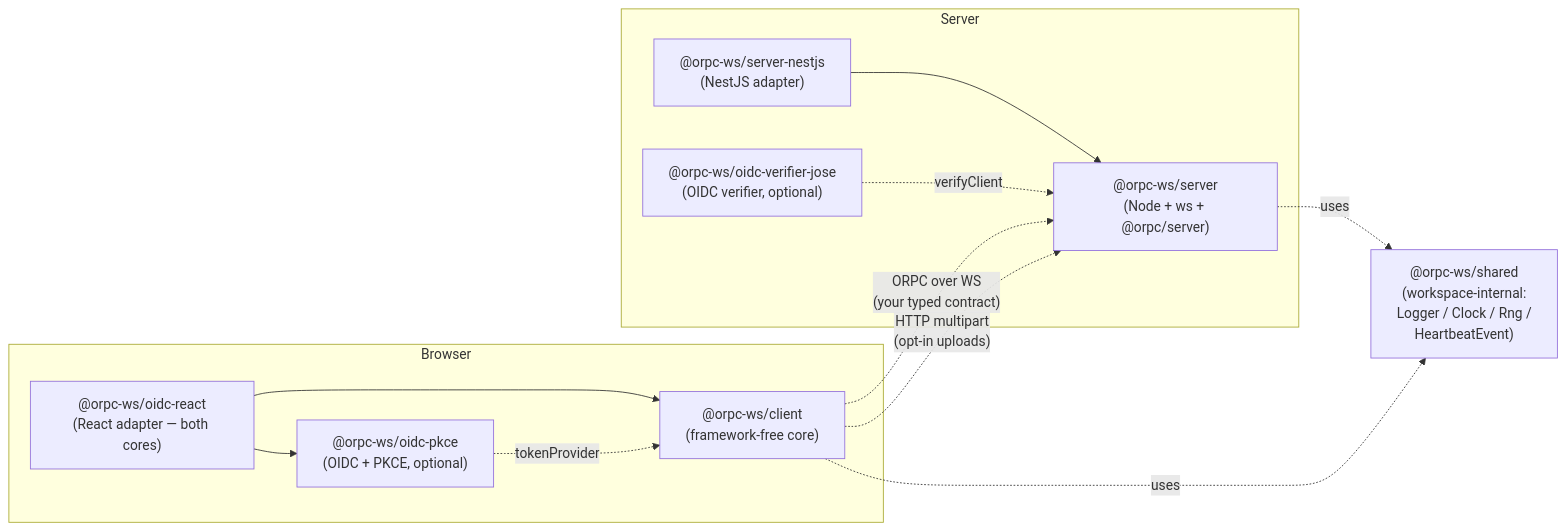
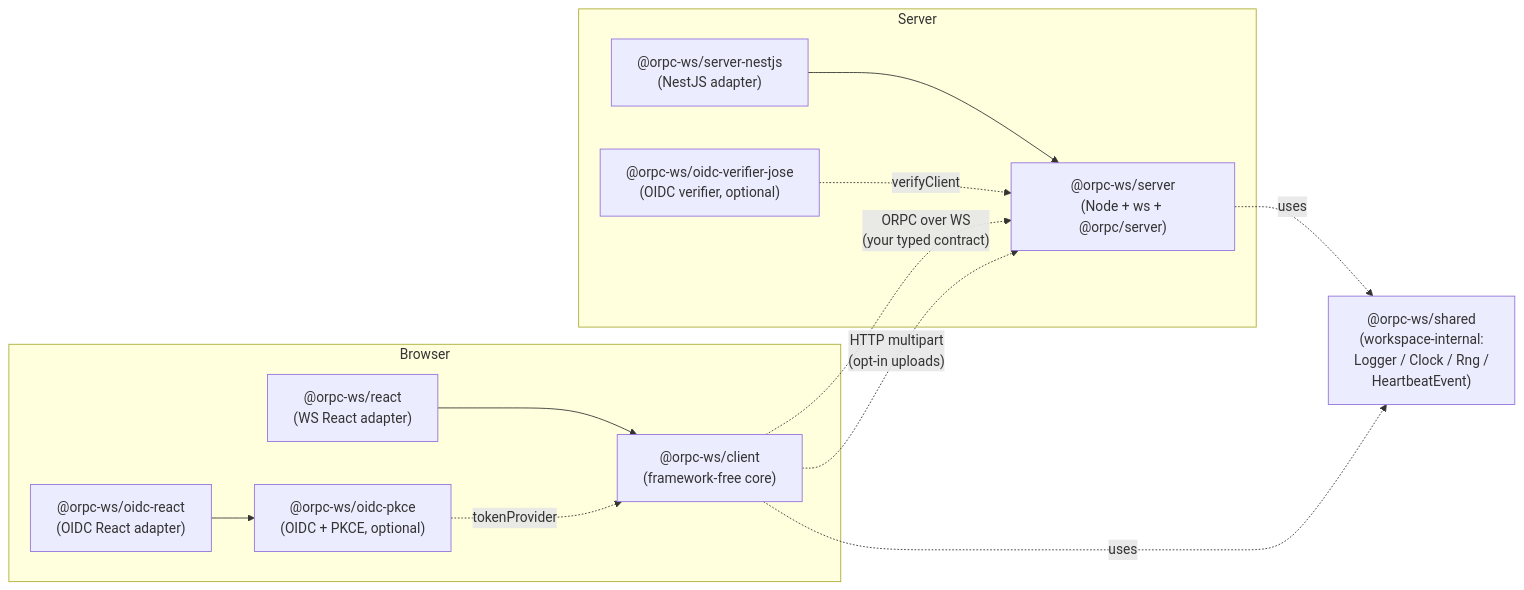
The diagram in README.md (anatoly-lab/orpc-ws-library), drawn with Mermaid before and after one commit. The commit also changed other lines of this file and 28 other files, not shown here.

First line of the commit message:
feat(react): extract WS-transport React hooks into @orpc-ws/react

````diff
--- a/README.md
+++ b/README.md
@@ -15,27 +15,28 @@
 ```mermaid
 graph LR
     subgraph Browser
       Core["@orpc-ws/client<br/>(framework-free core)"]
-      React["@orpc-ws/oidc-react<br/>(React adapter — both cores)"]
+      WsReact["@orpc-ws/react<br/>(WS React adapter)"]
+      OidcReact["@orpc-ws/oidc-react<br/>(OIDC React adapter)"]
       OidcPkce["@orpc-ws/oidc-pkce<br/>(OIDC + PKCE, optional)"]
-      React --> Core
-      React --> OidcPkce
+      WsReact --> Core
+      OidcReact --> OidcPkce
       OidcPkce -.tokenProvider.-> Core
     end
 
     subgraph Server
       ServerCore["@orpc-ws/server<br/>(Node + ws + @orpc/server)"]
       Nest["@orpc-ws/server-nestjs<br/>(NestJS adapter)"]
       OidcVerifier["@orpc-ws/oidc-verifier-jose<br/>(OIDC verifier, optional)"]
       Nest --> ServerCore
       OidcVerifier -.verifyClient.-> ServerCore
     end
 
     Shared["@orpc-ws/shared<br/>(workspace-internal:<br/>Logger / Clock / Rng /<br/>HeartbeatEvent)"]
 
     Core -.->|"ORPC over WS<br/>(your typed contract)"| ServerCore
     Core -.->|"HTTP multipart<br/>(opt-in uploads)"| ServerCore
 
     Core -.uses.-> Shared
     ServerCore -.uses.-> Shared
 ```
````
